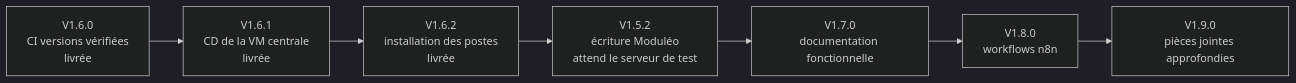
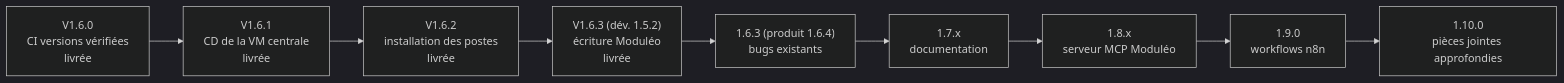
The third of 3 diagrams in README.md (UlyssouLV/BBASS-Agents-IA), drawn with Mermaid (dark theme) before and after one commit. The commit also changed other lines of this file and 395 other files, not shown here.

````diff
--- a/README.md
+++ b/README.md
@@ -174,9 +174,11 @@
 ```mermaid
 flowchart LR
   V160["V1.6.0<br/>CI versions vérifiées<br/>livrée"] --> V161["V1.6.1<br/>CD de la VM centrale<br/>livrée"]
   V161 --> V162["V1.6.2<br/>installation des postes<br/>livrée"]
-  V162 --> V152["V1.5.2<br/>écriture Moduléo<br/>attend le serveur de test"]
-  V152 --> V170["V1.7.0<br/>documentation fonctionnelle"]
-  V170 --> V180["V1.8.0<br/>workflows n8n"]
-  V180 --> V190["V1.9.0<br/>pièces jointes approfondies"]
+  V162 --> V163["V1.6.3 (dév. 1.5.2)<br/>écriture Moduléo<br/>livrée"]
+  V163 --> D163["1.6.3 (produit 1.6.4)<br/>bugs existants"]
+  D163 --> V170["1.7.x<br/>documentation"]
+  V170 --> V180["1.8.x<br/>serveur MCP Moduléo"]
+  V180 --> V190["1.9.0<br/>workflows n8n"]
+  V190 --> V1100["1.10.0<br/>pièces jointes approfondies"]
 ```
````
